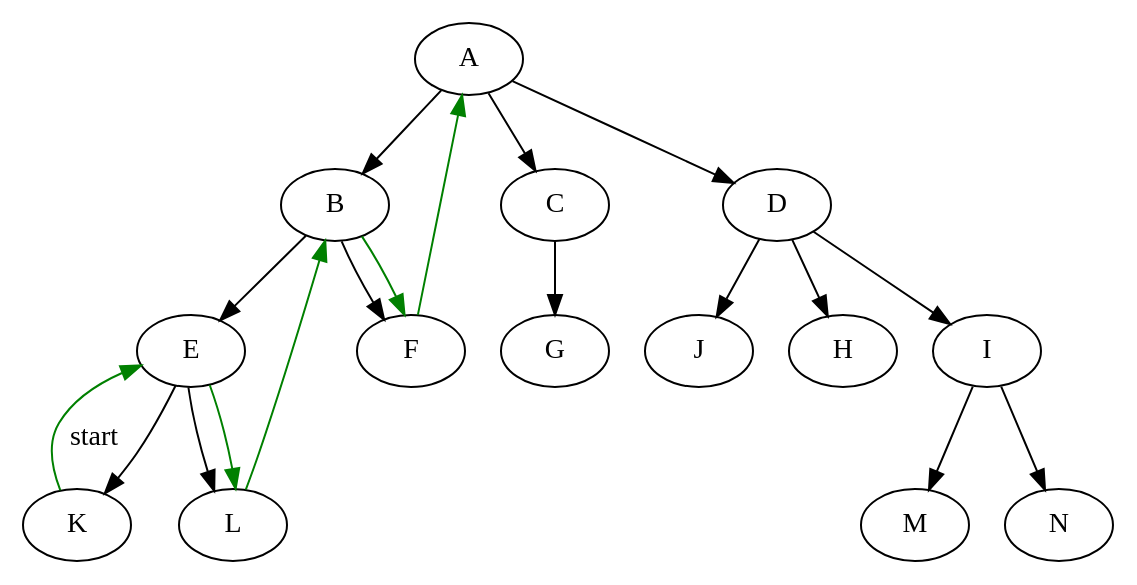
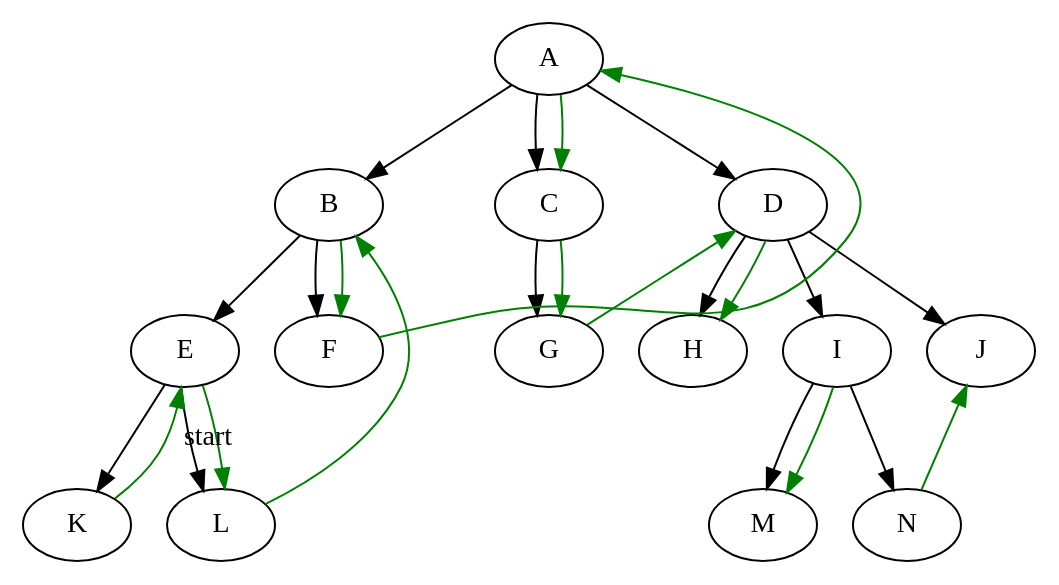
Before and after one commit to Tachyonite/Pawnmorpher: the diagram in Examples/traversal.gv, drawn with Graphviz. The commit also changed 2 other files, not shown here.

```diff
--- a/Examples/traversal.gv
+++ b/Examples/traversal.gv
@@ -1,16 +1,22 @@
 digraph traversalExample {
     A -> {B,C,D};
     B -> {E,F}; 
     C -> G; 
     D -> {H,I,J}; 
     E -> {K,L} ; 
     I -> {M,N}; 
     subgraph sg{ 
-        edge[color=green];
+        edge[color=green, constraint=false];
         K -> E [label="start"]; 
         E -> L; 
         L -> B; 
         B -> F; 
         F -> A; 
+        A -> C; 
+        C -> G; 
+        G -> D; 
+        D -> H; 
+        I -> M; 
+        N -> J; 
     }
 }
```
